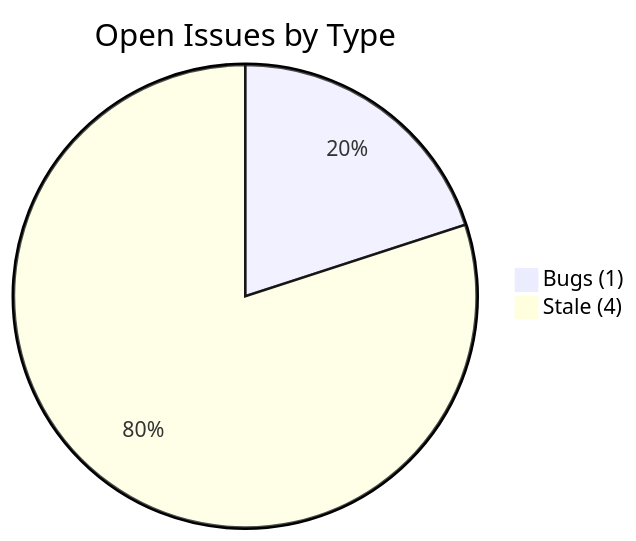
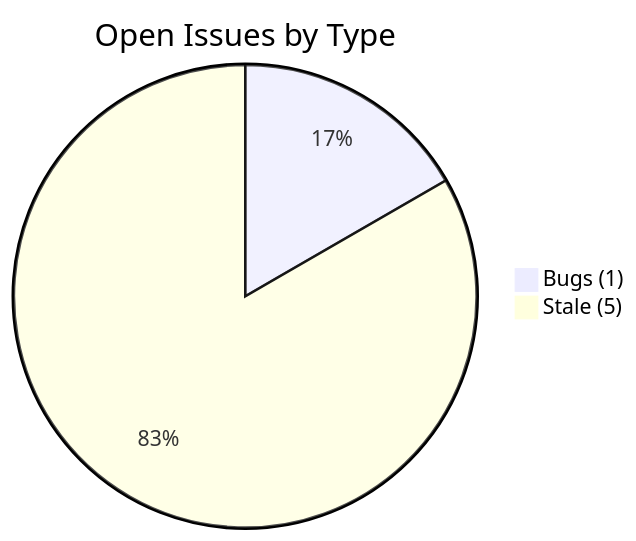
Before and after one commit to Nitsur10/invoice-dashboard-deploy: the second of 4 diagrams in docs/tracker.md, drawn with Mermaid. The commit also changed other lines of this file and 1 other file, not shown here.

````diff
--- a/docs/tracker.md
+++ b/docs/tracker.md
@@ -30,8 +30,8 @@
 ```mermaid
 pie title Open Issues by Type
     
     "Bugs (1)" : 1
-    "Stale (4)" : 4
+    "Stale (5)" : 5
     
     
 ```
````
